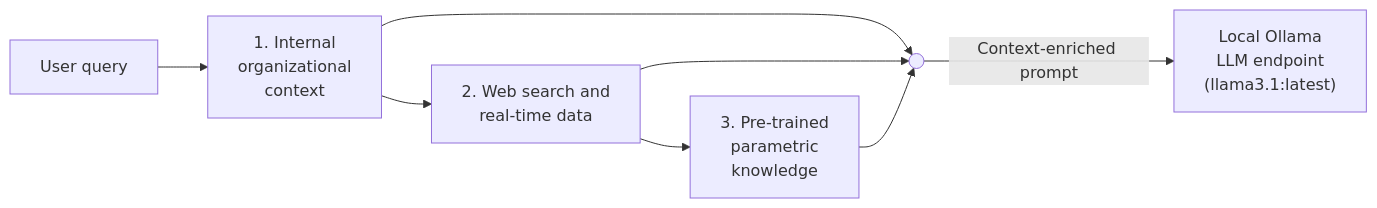
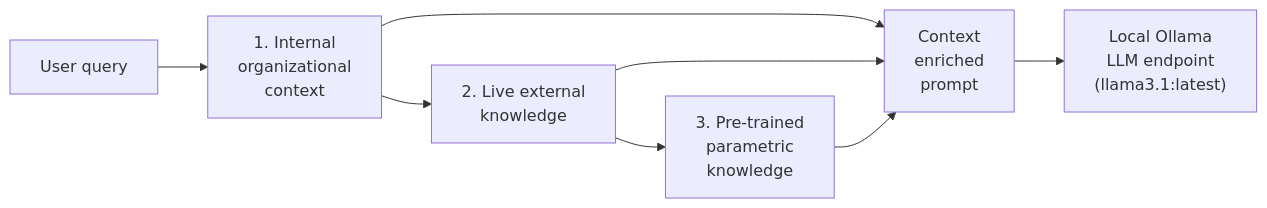
The diagram in README.MD (panxiaoyan225-sudo/Agentic_RAG_Pipeline), drawn with Mermaid before and after one commit.

Commit message:
Full End-to-End Agentic RAG Pipeline

````diff
--- a/README.MD
+++ b/README.MD
@@ -14,11 +14,10 @@
 ```mermaid
 flowchart LR
     Q["User query"] --> R1["1. Internal<br>organizational<br>context"]
-    R1 --> R2["2. Web search and<br>real-time data"]
+    R1 --> R2["2. Live external<br>knowledge"]
     R2 --> R3["3. Pre-trained<br>parametric<br>knowledge"]
-    R1 --> Conv
-    R2 --> Conv
-    R3 --> Conv(( ))
-    style Conv height:0px,width:0px;
-    Conv -->|Context-enriched prompt| LLM["Local Ollama<br>LLM endpoint<br>(llama3.1:latest)"]
+    R1 --> P["Context<br>enriched<br>prompt"]
+    R2 --> P
+    R3 --> P
+    P --> LLM["Local Ollama<br>LLM endpoint<br>(llama3.1:latest)"]
 ```
````
